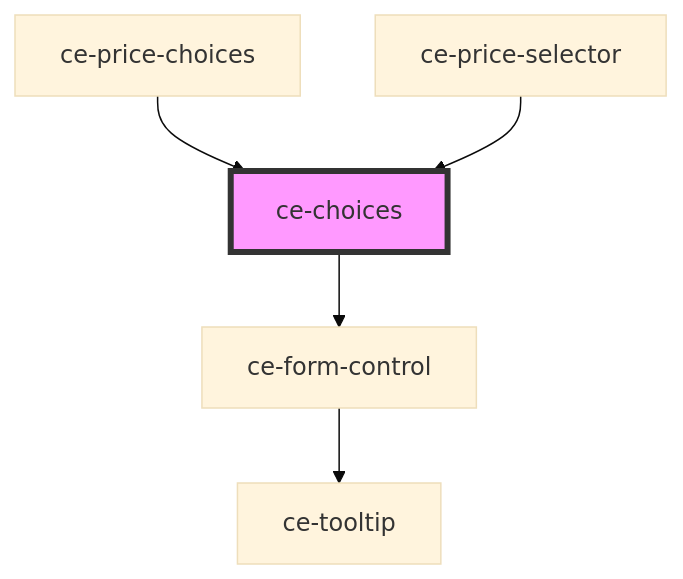
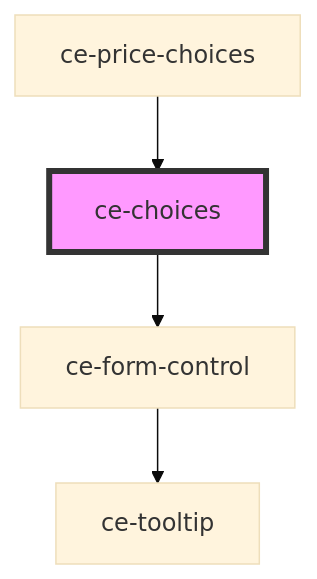
One commit to surecart/surecart-wp-plugin changed the diagram in packages/components/src/components/ui/choices/readme.md. Above: the diagram before and after it, drawn with Mermaid (base theme). The commit also changed other lines of this file and 14 other files, not shown here.

````diff
--- a/packages/components/src/components/ui/choices/readme.md
+++ b/packages/components/src/components/ui/choices/readme.md
@@ -42,8 +41,7 @@
 ```mermaid
 graph TD;
   ce-choices --> ce-form-control
   ce-form-control --> ce-tooltip
   ce-price-choices --> ce-choices
-  ce-price-selector --> ce-choices
   style ce-choices fill:#f9f,stroke:#333,stroke-width:4px
 ```
````
